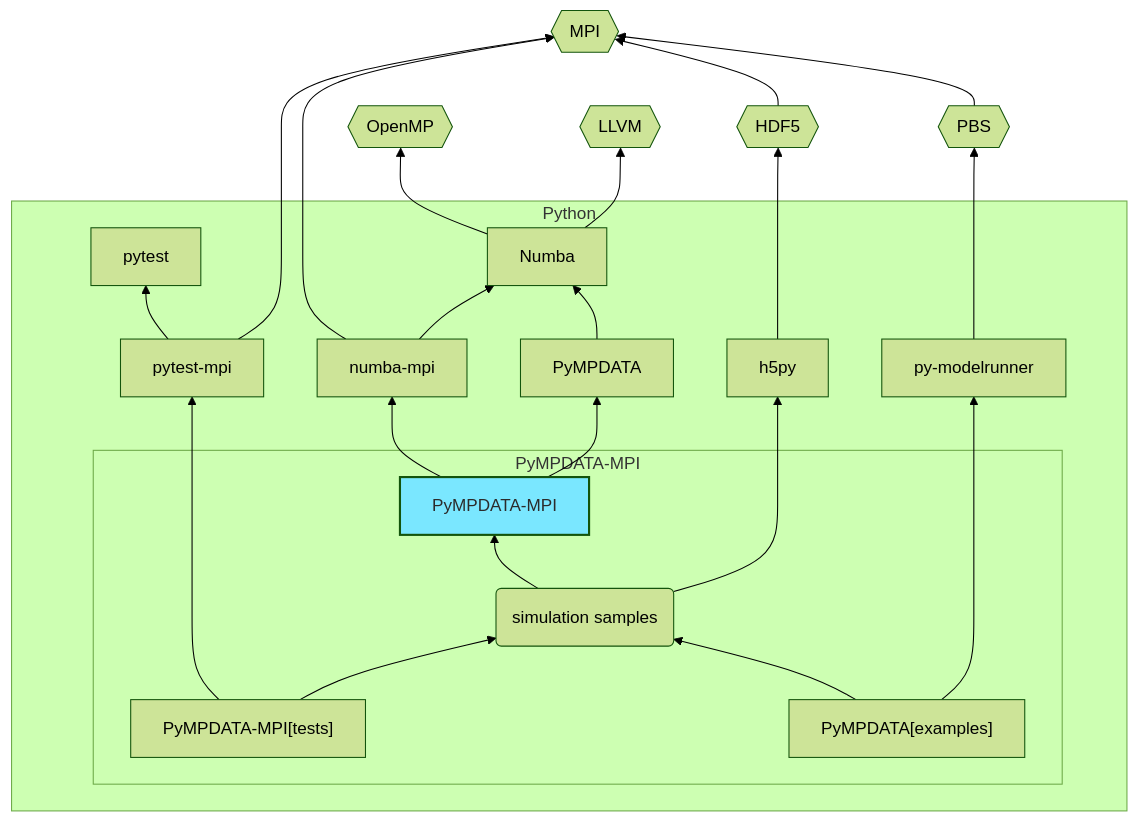
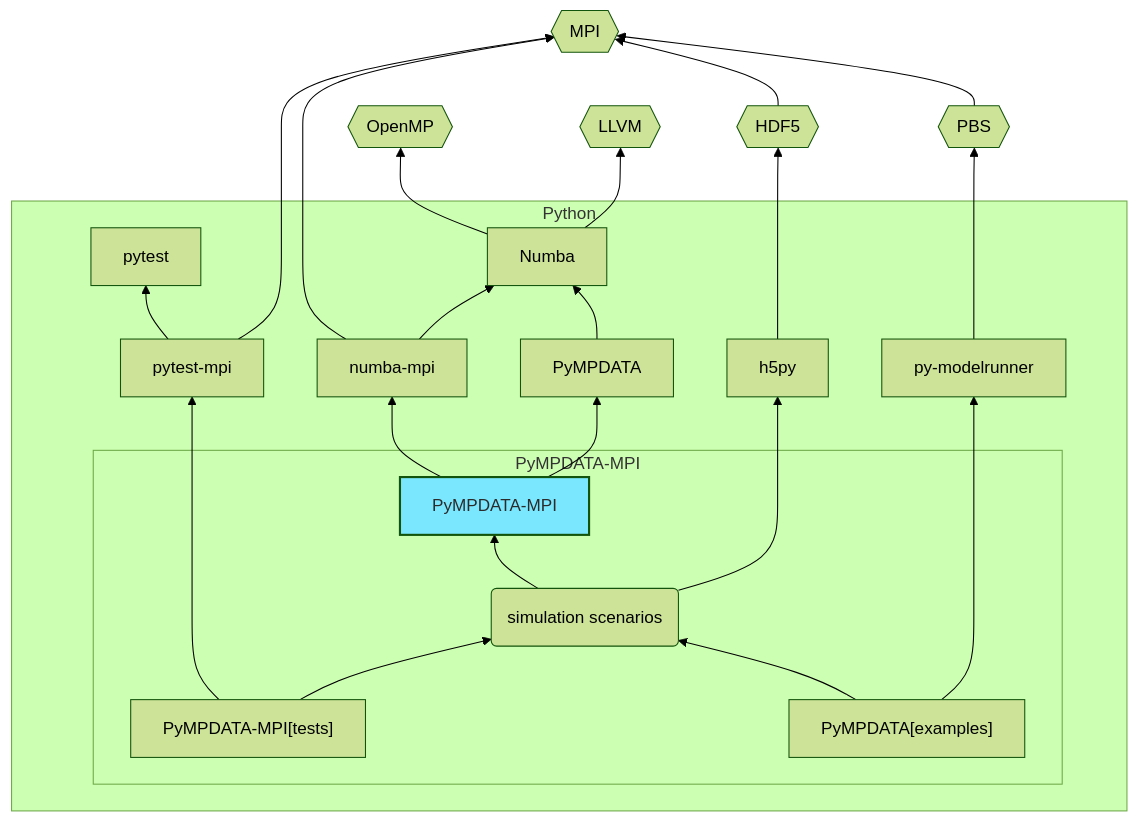
The diagram in README.md (open-atmos/PyMPDATA-MPI), drawn with Mermaid (forest theme) before and after one commit.

Commit message:
changing cases/sample simulations to "simulation scenarios"

````diff
--- a/README.md
+++ b/README.md
@@ -65,29 +65,29 @@
 ```mermaid
     flowchart BT
 
     H5PY ---> HDF{{HDF5}}
     subgraph pythonic-dependencies [Python]
       TESTS --> H[pytest-mpi]
       subgraph PyMPDATA-MPI ["PyMPDATA-MPI"]
-        TESTS["PyMPDATA-MPI[tests]"] --> CASES(simulation samples)
+        TESTS["PyMPDATA-MPI[tests]"] --> CASES(simulation scenarios)
         A1["PyMPDATA[examples]"] --> CASES
         CASES --> D[PyMPDATA-MPI]
       end
       A1 ---> C[py-modelrunner]
       CASES ---> H5PY[h5py]
       D --> E[numba-mpi]
       H --> X[pytest]
       E --> N
       F --> N[Numba]
       D --> F[PyMPDATA]
     end
     H ---> MPI
     C ---> PBS{{PBS}}
     N --> OMPI{{OpenMP}}
     N --> L{{LLVM}}
     E ---> MPI{{MPI}}
     HDF --> MPI
     PBS --> MPI
 
 style D fill:#7ae7ff,stroke-width:2px,color:#2B2B2B
 ```
````
